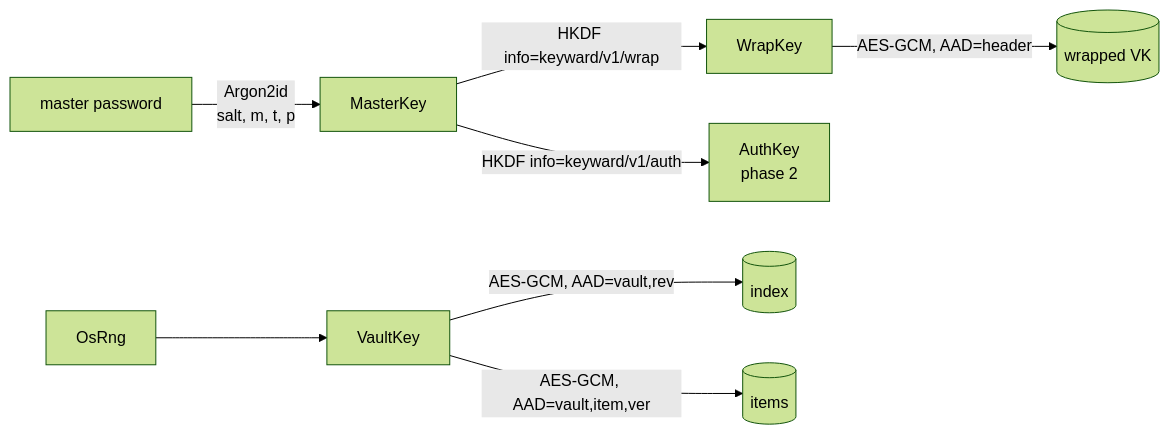
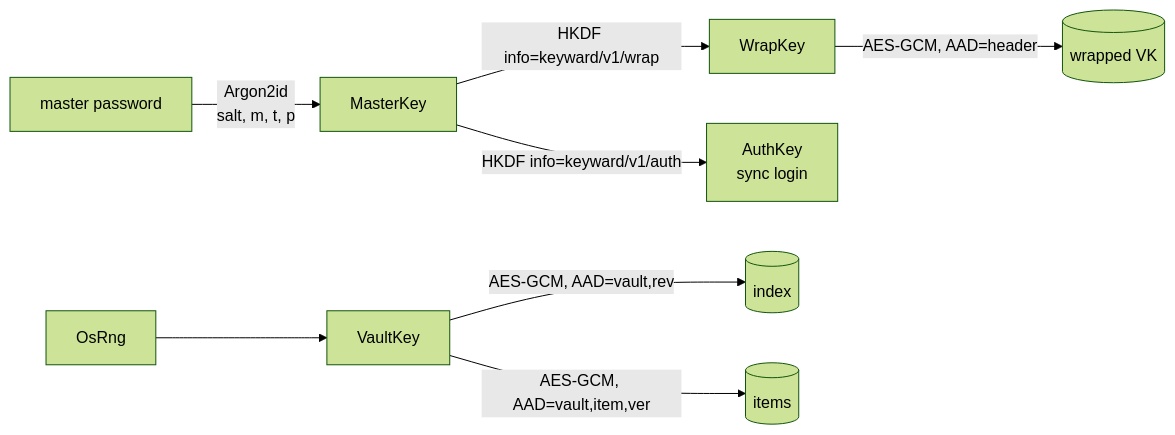
Before and after one commit to locky-3/keyward: the third of 3 diagrams in docs/architecture.md, drawn with Mermaid (forest theme). The commit also changed other lines of this file and 12 other files, not shown here.

````diff
--- a/docs/architecture.md
+++ b/docs/architecture.md
@@ -41,10 +64,10 @@
 ```mermaid
 flowchart LR
     P[master password] -->|Argon2id<br/>salt, m, t, p| MK[MasterKey]
     MK -->|HKDF info=keyward/v1/wrap| WK[WrapKey]
-    MK -->|HKDF info=keyward/v1/auth| AK[AuthKey<br/>phase 2]
+    MK -->|HKDF info=keyward/v1/auth| AK[AuthKey<br/>sync login]
     RNG[OsRng] --> VK[VaultKey]
     WK -->|AES-GCM, AAD=header| WVK[(wrapped VK)]
     VK -->|AES-GCM, AAD=vault,rev| IDX[(index)]
     VK -->|AES-GCM, AAD=vault,item,ver| ITEMS[(items)]
 ```
````
